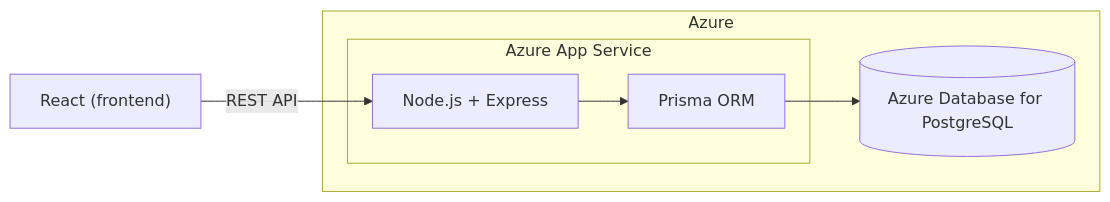
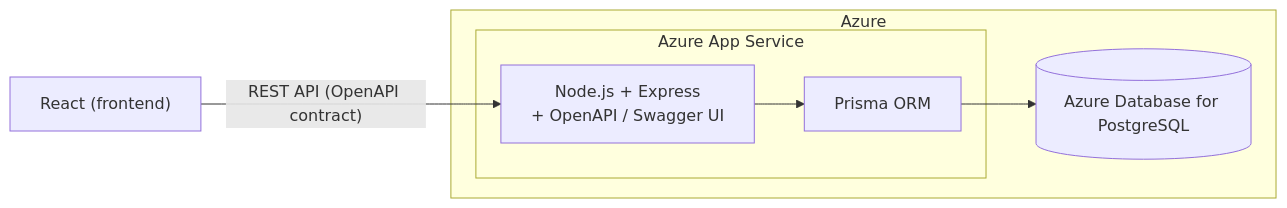
One commit to tommiLipponen/Elokuvaprojekti changed the diagram in README.md. Above: the diagram before and after it, drawn with Mermaid.

Commit message:
Note OpenAPI/Swagger in architecture diagram

````diff
--- a/README.md
+++ b/README.md
@@ -13,11 +13,11 @@
 ```mermaid
 flowchart LR
-    React["React (frontend)"] -->|REST API| Express
+    React["React (frontend)"] -->|"REST API (OpenAPI contract)"| Express
 
     subgraph Azure
         subgraph "Azure App Service"
-            Express["Node.js + Express"] --> Prisma["Prisma ORM"]
+            Express["Node.js + Express<br/>+ OpenAPI / Swagger UI"] --> Prisma["Prisma ORM"]
         end
         Prisma --> DB[("Azure Database for PostgreSQL")]
     end
 ```
````
